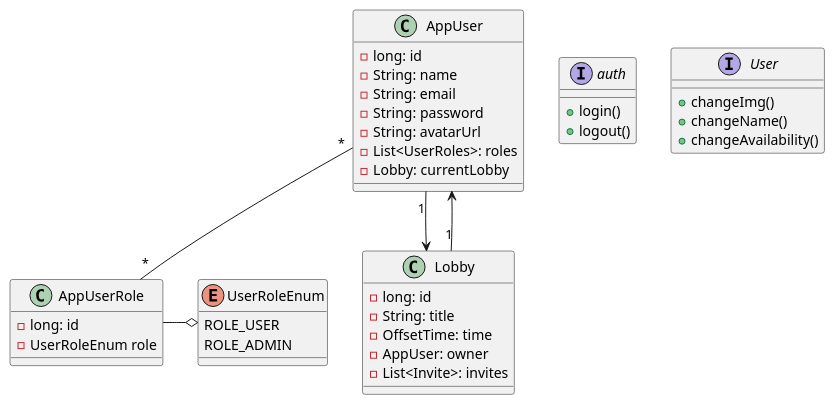
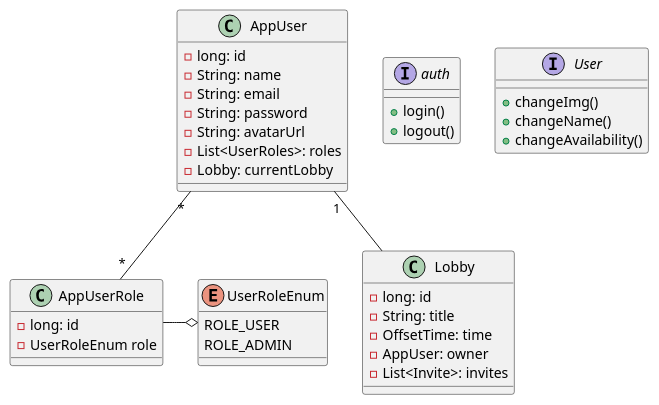
Before and after one commit to SergeiVS/lets_play_be: the diagram in documentation/plantUml/api.puml, drawn with PlantUML. The commit also changed 1 other file, not shown here.

Commit message:
add class schema and notifications UML

```diff
--- a/documentation/plantUml/api.puml
+++ b/documentation/plantUml/api.puml
@@ -1,47 +1,46 @@
 @startuml api
 
 interface auth {
 + login()
 + logout()
 }
 
 interface User {
 + changeImg()
 + changeName()
 + changeAvailability()
 }
 
 class AppUser{
 - long: id
 - String: name
 - String: email
 - String: password
 - String: avatarUrl
 - List<UserRoles>: roles
 - Lobby: currentLobby
 }
 
 enum UserRoleEnum{
 ROLE_USER
 ROLE_ADMIN
 }
 
 class AppUserRole{
 - long: id
 - UserRoleEnum role
 }
 
 AppUserRole -o UserRoleEnum
 AppUser"*"--"*"AppUserRole
 
 class Lobby{
 - long: id
 - String: title
 - OffsetTime: time
 - AppUser: owner
 - List<Invite>: invites
 }
-AppUser "1"--> Lobby
-Lobby "1"--> AppUser
+AppUser "1"-- Lobby
 
 @enduml
```
